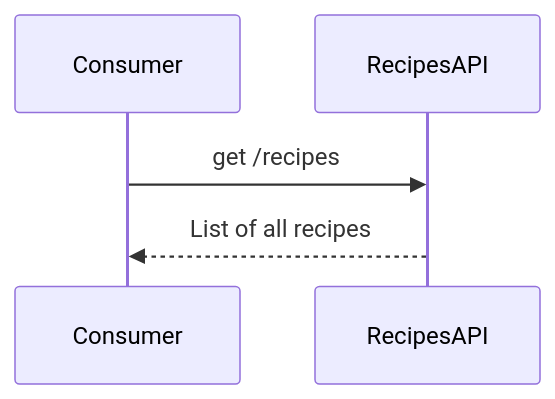
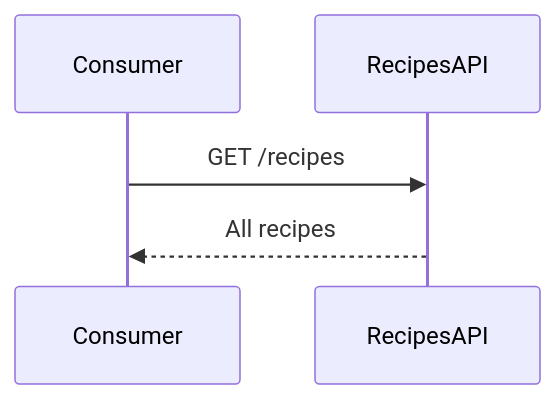
Before and after one commit to enisspahi/contract-first-api-example: the first of 3 diagrams in docs/hugo-docdock/content/introduction/use_cases.md, drawn with Mermaid. The commit also changed other lines of this file, not shown here.

```diff
--- a/docs/hugo-docdock/content/introduction/use_cases.md
+++ b/docs/hugo-docdock/content/introduction/use_cases.md
@@ -7,5 +7,5 @@
 {{< mermaid >}}
     sequenceDiagram
-        Consumer->>RecipesAPI: get /recipes
-        RecipesAPI-->>Consumer: List of all recipes
+        Consumer->>RecipesAPI: GET /recipes
+        RecipesAPI-->>Consumer: All recipes
 {{< /mermaid >}}
```
